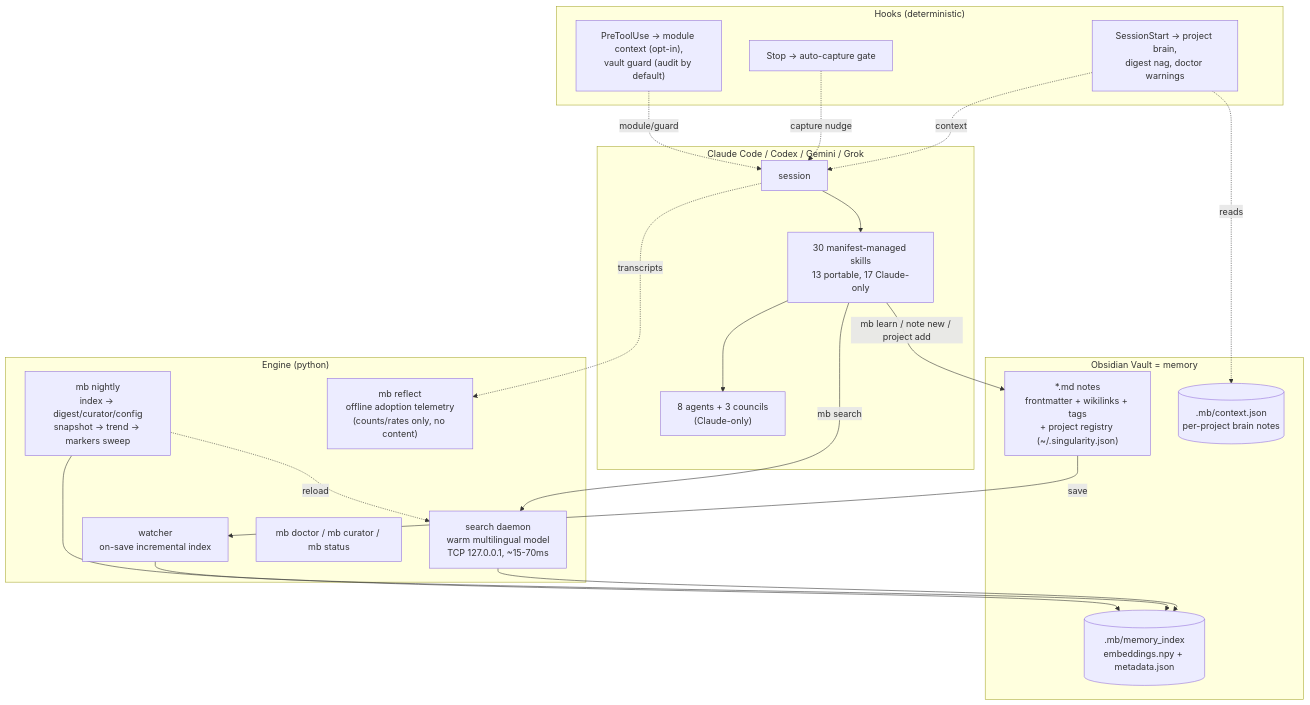
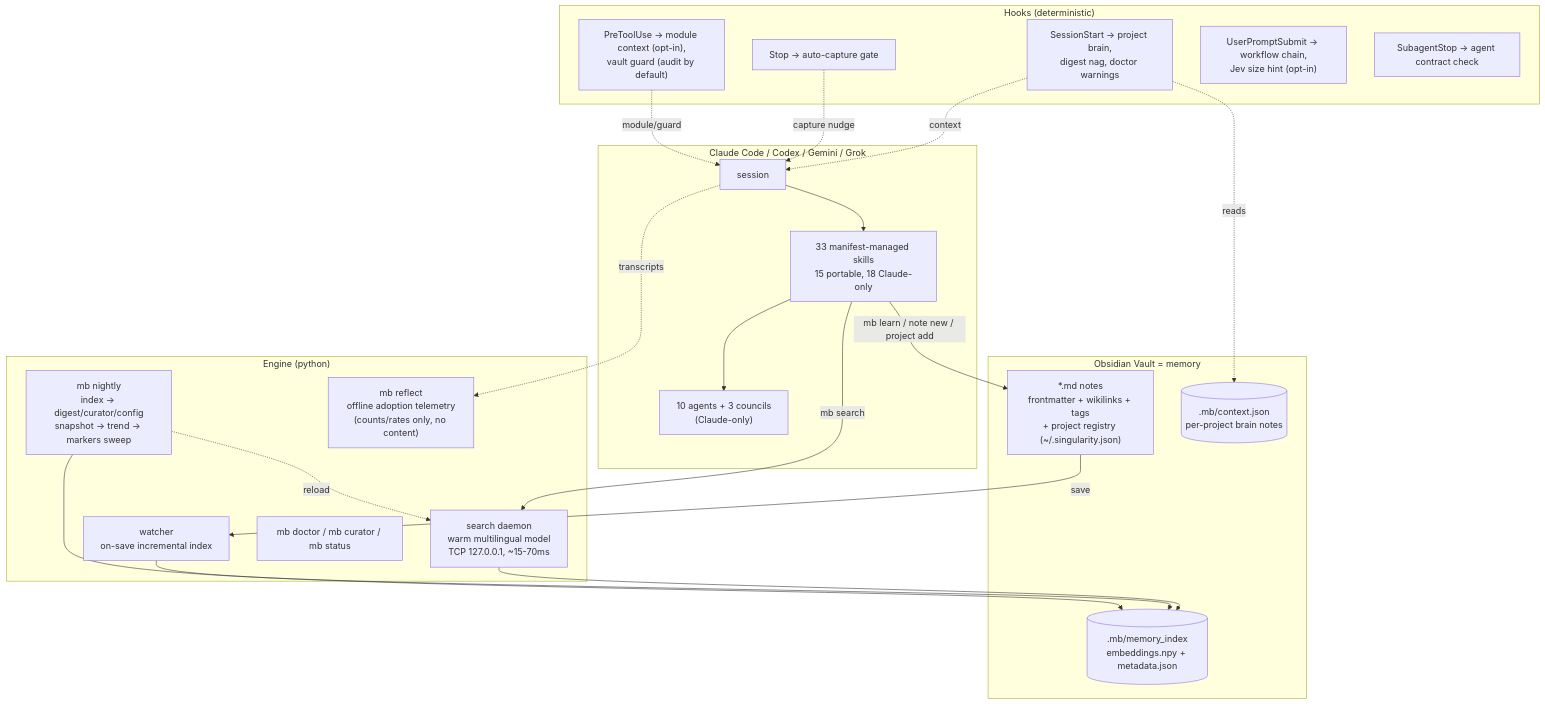
Before and after one commit to Kostik2702/singularity: the diagram in README.md, drawn with Mermaid. The commit also changed other lines of this file and 3 other files, not shown here.

````diff
--- a/README.md
+++ b/README.md
@@ -32,37 +32,39 @@
 ```mermaid
 graph TB
     subgraph CC["Claude Code / Codex / Gemini / Grok"]
         MAIN["session"]
-        SK["30 manifest-managed skills<br/>13 portable, 17 Claude-only"]
-        AG["8 agents + 3 councils<br/>(Claude-only)"]
+        SK["33 manifest-managed skills<br/>15 portable, 18 Claude-only"]
+        AG["10 agents + 3 councils<br/>(Claude-only)"]
     end
     subgraph HOOKS["Hooks (deterministic)"]
         H1["SessionStart → project brain,<br/>digest nag, doctor warnings"]
         H2["Stop → auto-capture gate"]
         H3["PreToolUse → module context (opt-in),<br/>vault guard (audit by default)"]
+        H4["UserPromptSubmit → workflow chain,<br/>Jev size hint (opt-in)"]
+        H5["SubagentStop → agent contract check"]
     end
     subgraph ENGINE["Engine (python)"]
         D["search daemon<br/>warm multilingual model<br/>TCP 127.0.0.1, ~15-70ms"]
         W["watcher<br/>on-save incremental index"]
         NI["mb nightly<br/>index → digest/curator/config<br/>snapshot → trend → markers sweep"]
         DR["mb doctor / mb curator / mb status"]
         RF["mb reflect<br/>offline adoption telemetry<br/>(counts/rates only, no content)"]
     end
     subgraph VAULT["Obsidian Vault = memory"]
         NOTES["*.md notes<br/>frontmatter + wikilinks + tags<br/>+ project registry (~/.singularity.json)"]
         IDX[(".mb/memory_index<br/>embeddings.npy + metadata.json")]
         CTX[(".mb/context.json<br/>per-project brain notes")]
     end
 
     H1 -.context.-> MAIN
     H2 -.capture nudge.-> MAIN
     H3 -.module/guard.-> MAIN
     MAIN --> SK --> AG
     SK -- "mb search" --> D --> IDX
     SK -- "mb learn / note new / project add" --> NOTES
     NOTES -- save --> W --> IDX
     NI --> IDX
     NI -.reload.-> D
     H1 -.reads.-> CTX
     MAIN -.transcripts.-> RF
 ```
````
